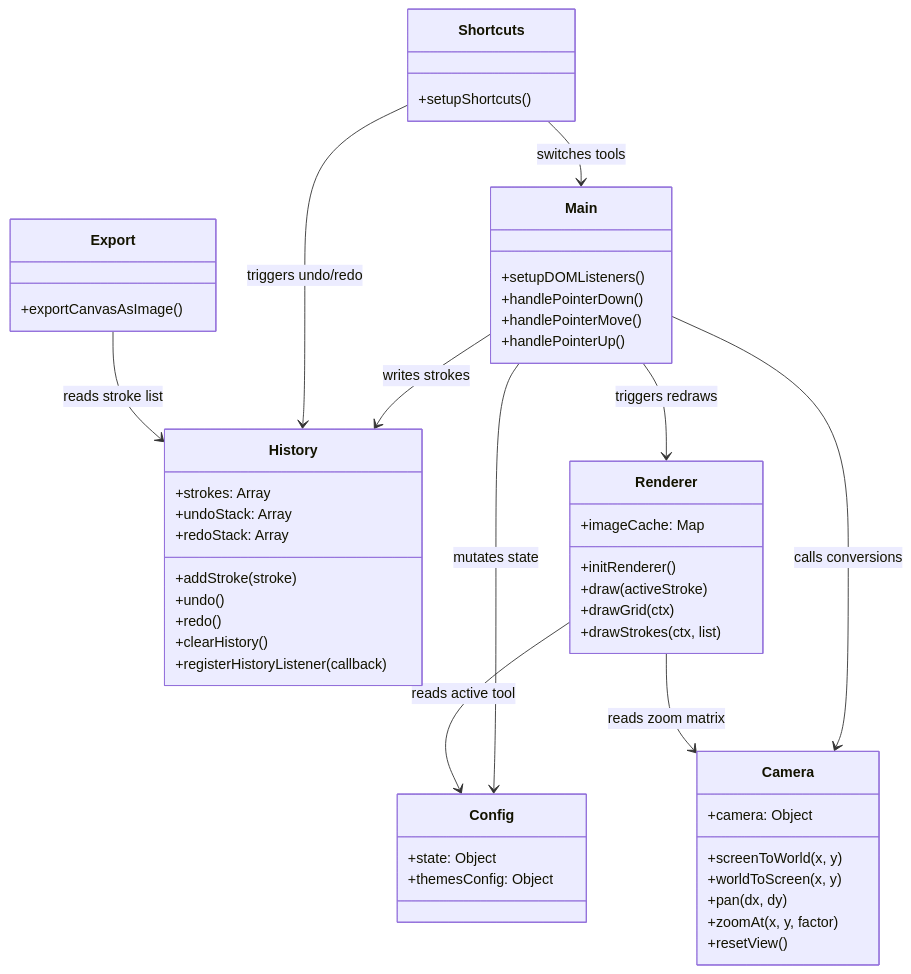
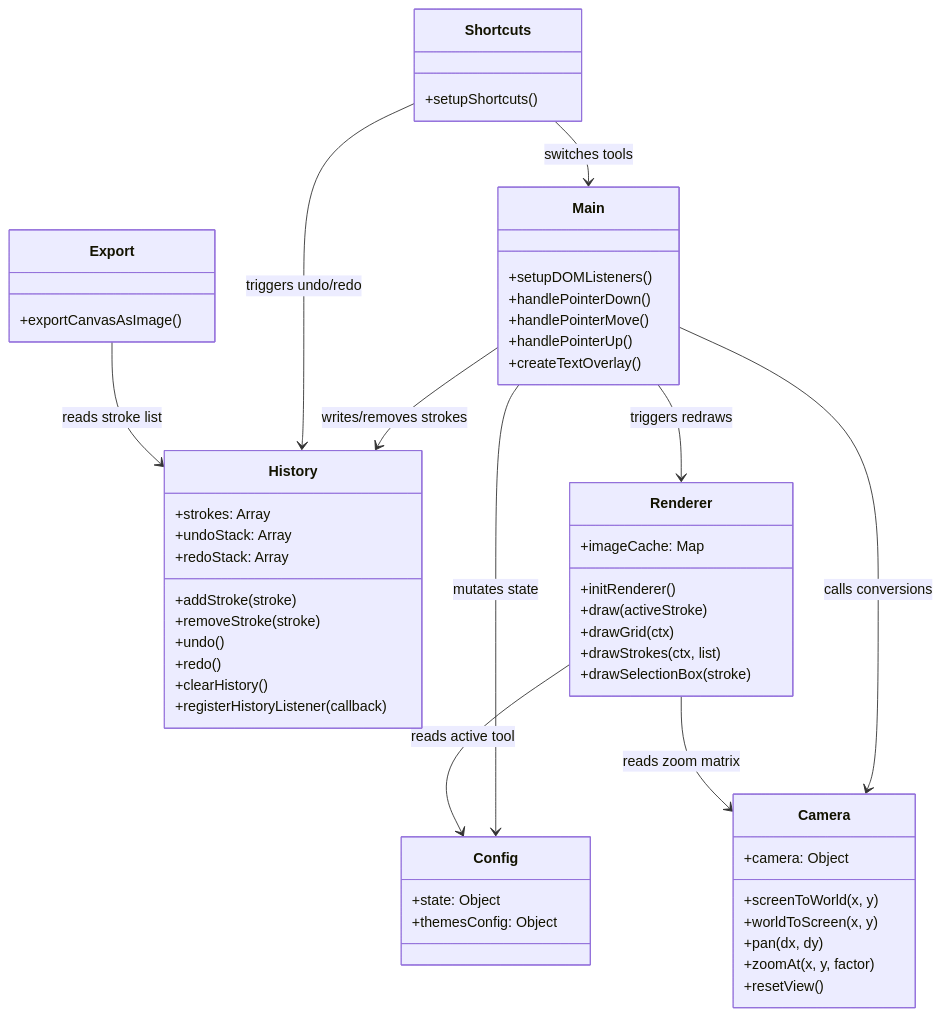
Before and after one commit to kumar291098/simple-teaching-board: the second of 2 diagrams in README.md, drawn with Mermaid. The commit also changed other lines of this file, not shown here.

````diff
--- a/README.md
+++ b/README.md
@@ -86,54 +87,57 @@
 ```mermaid
 classDiagram
     class Config {
         +state: Object
         +themesConfig: Object
     }
     class Camera {
         +camera: Object
         +screenToWorld(x, y)
         +worldToScreen(x, y)
         +pan(dx, dy)
         +zoomAt(x, y, factor)
         +resetView()
     }
     class History {
         +strokes: Array
         +undoStack: Array
         +redoStack: Array
         +addStroke(stroke)
+        +removeStroke(stroke)
         +undo()
         +redo()
         +clearHistory()
         +registerHistoryListener(callback)
     }
     class Renderer {
         +imageCache: Map
         +initRenderer()
         +draw(activeStroke)
         +drawGrid(ctx)
         +drawStrokes(ctx, list)
+        +drawSelectionBox(stroke)
     }
     class Export {
         +exportCanvasAsImage()
     }
     class Shortcuts {
         +setupShortcuts()
     }
     class Main {
         +setupDOMListeners()
         +handlePointerDown()
         +handlePointerMove()
         +handlePointerUp()
+        +createTextOverlay()
     }
 
     Main --> Config : mutates state
     Main --> Camera : calls conversions
-    Main --> History : writes strokes
+    Main --> History : writes/removes strokes
     Main --> Renderer : triggers redraws
     Shortcuts --> History : triggers undo/redo
     Shortcuts --> Main : switches tools
     Renderer --> Camera : reads zoom matrix
     Renderer --> Config : reads active tool
     Export --> History : reads stroke list
 ```
````
